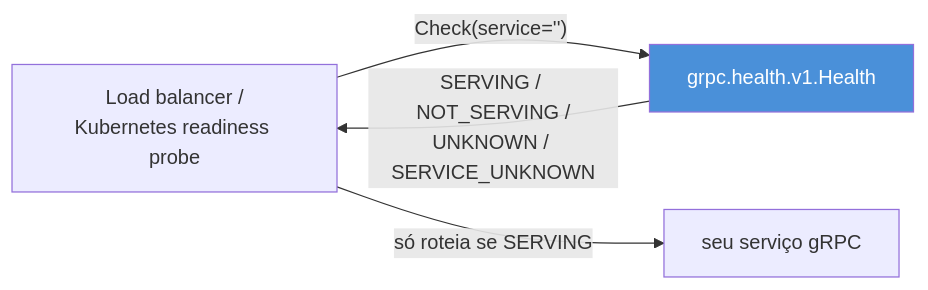
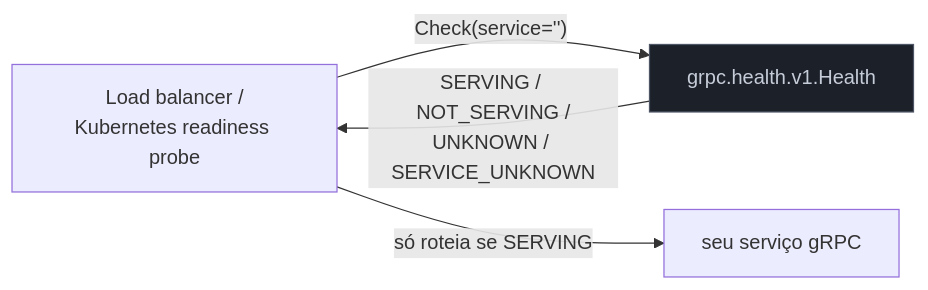
The second of 5 diagrams in 03-Dominios/Tecnologia/Go/12 - gRPC e protobuf/07 - gRPC em produção.md (josenaldo/codex-technomanticus), drawn with Mermaid before and after one commit. The commit also changed other lines of this file and 1181 other files, not shown here.

First line of the commit message:
fix(diagramas): paleta do sistema no lugar de cor cravada no markdown

````diff
--- a/03-Dominios/Tecnologia/Go/12 - gRPC e protobuf/07 - gRPC em produção.md
+++ b/03-Dominios/Tecnologia/Go/12 - gRPC e protobuf/07 - gRPC em produção.md
@@ -196,8 +196,9 @@
 ```mermaid
 flowchart LR
+    classDef neutro fill:#1B2029,stroke:#4E5666,color:#C6CCD8
     LB["Load balancer /\nKubernetes readiness probe"] -->|"Check(service='')"| HS["grpc.health.v1.Health"]
     HS -->|"SERVING / NOT_SERVING /\nUNKNOWN / SERVICE_UNKNOWN"| LB
     LB -->|"só roteia se SERVING"| APP["seu serviço gRPC"]
 
-    style HS fill:#4A90D9,color:#fff
+    class HS neutro
 ```
````
